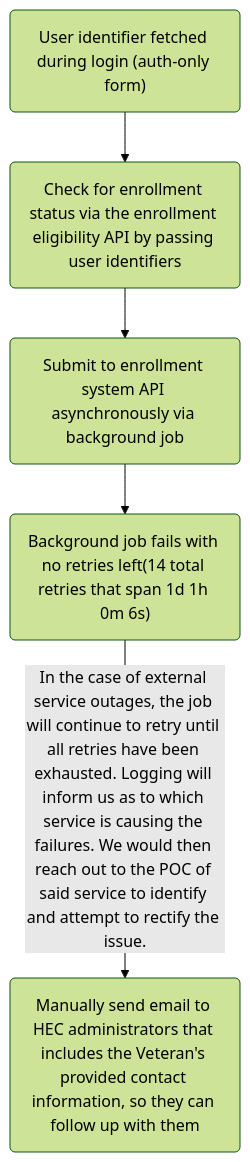
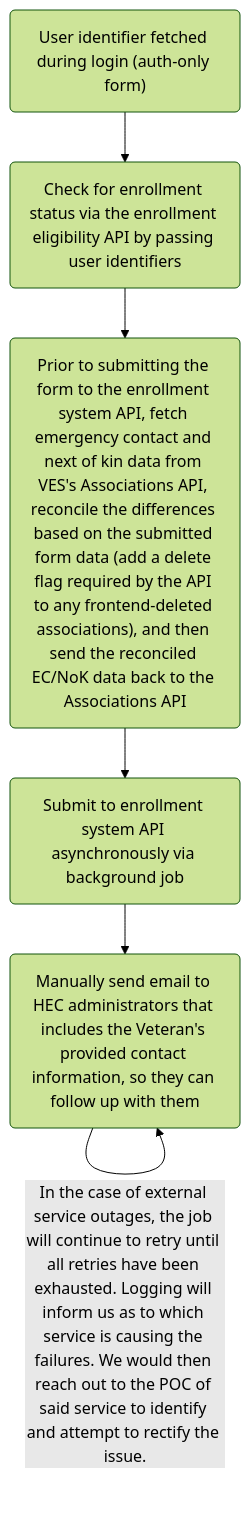
Before and after one commit to department-of-veterans-affairs/va.gov-team: the diagram in products/health-care/application/health-update-form/Engineering/10-10EZR Flow Chart.md, drawn with Mermaid.

Commit message:
Update 10-10EZR Flow Chart.md

````diff
--- a/products/health-care/application/health-update-form/Engineering/10-10EZR Flow Chart.md
+++ b/products/health-care/application/health-update-form/Engineering/10-10EZR Flow Chart.md
@@ -1,12 +1,13 @@
 ```mermaid
 ---
 config:
   theme: forest
 ---
 flowchart TD
     A("User identifier fetched during login (auth-only form)")
     A --> B(Check for enrollment status via the enrollment eligibility API by passing user identifiers)
-    B --> C(Submit to enrollment system API asynchronously via background job)
-    C --> D("Background job fails with no retries left(14 total retries that span 1d 1h 0m 6s)")
-    D -->|In the case of external service outages, the job will continue to retry until all retries have been exhausted. Logging will inform us as to which service is causing the failures. We would then reach out to the POC of said service to identify and attempt to rectify the issue.| E(Manually send email to HEC administrators that includes the Veteran's provided contact information, so they can follow up with them)
+    B --> C("Prior to submitting the form to the enrollment system API, fetch emergency contact and next of kin data from VES's Associations API, reconcile the differences based on the submitted form data (add a delete flag required by the API to any frontend-deleted associations), and then send the reconciled EC/NoK data back to the Associations API")
+    C --> D(Submit to enrollment system API asynchronously via background job)
+    D --> E("Background job fails with no retries left(14 total retries that span 1d 1h 0m 6s)")
+    E -->|In the case of external service outages, the job will continue to retry until all retries have been exhausted. Logging will inform us as to which service is causing the failures. We would then reach out to the POC of said service to identify and attempt to rectify the issue.| E(Manually send email to HEC administrators that includes the Veteran's provided contact information, so they can follow up with them)
 ```
````
